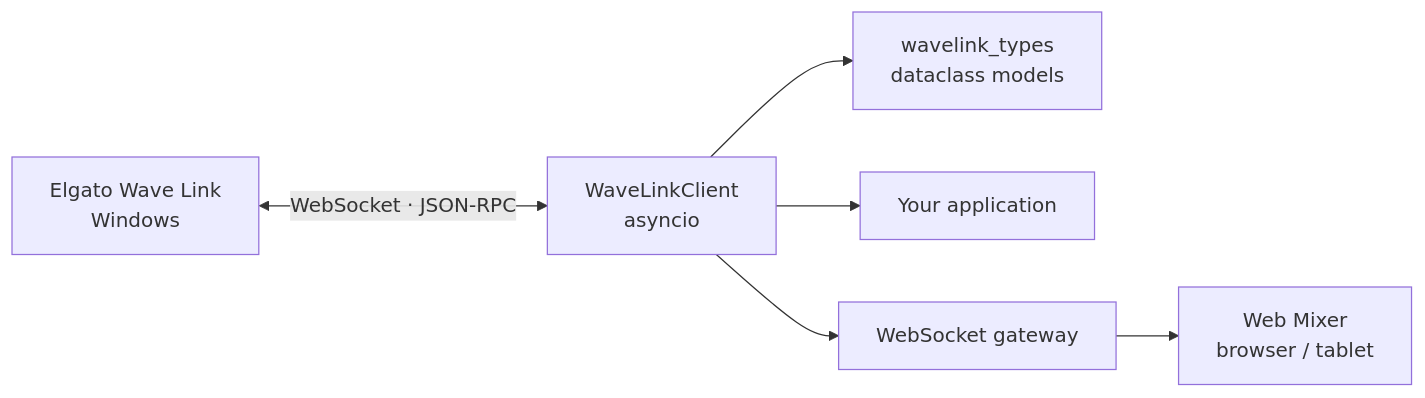
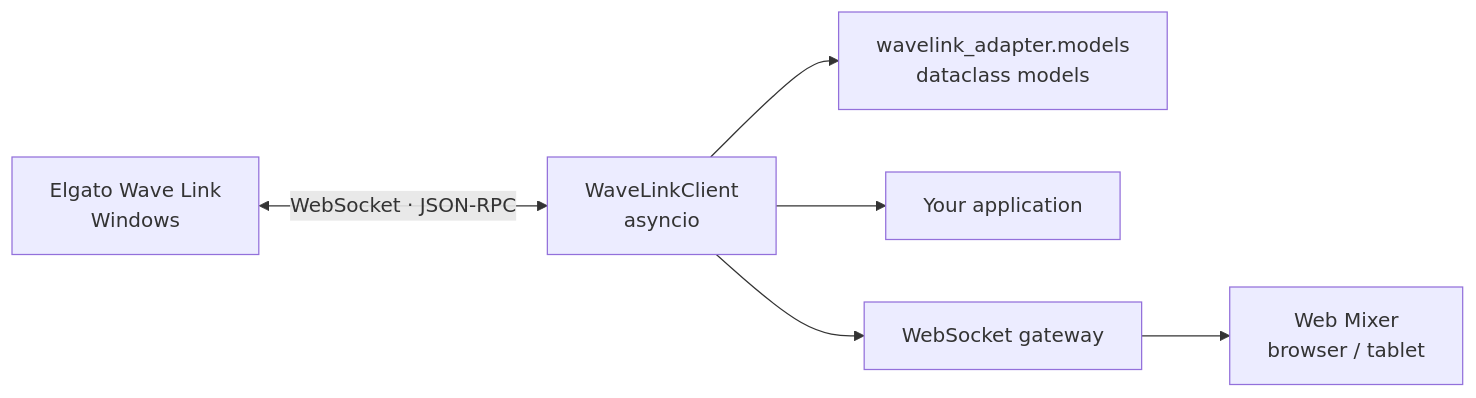
Before and after one commit to Nekit678/WaveLinkAdapter: the diagram in README.md, drawn with Mermaid. The commit also changed other lines of this file and 16 other files, not shown here.

````diff
--- a/README.md
+++ b/README.md
@@ -77,8 +77,8 @@
 ```mermaid
 flowchart LR
     WL["Elgato Wave Link<br>Windows"] <-->|"WebSocket · JSON-RPC"| Core["WaveLinkClient<br>asyncio"]
-    Core --> Types["wavelink_types<br>dataclass models"]
+    Core --> Types["wavelink_adapter.models<br>dataclass models"]
     Core --> App["Your application"]
     Core --> Gateway["WebSocket gateway"]
     Gateway --> Browser["Web Mixer<br>browser / tablet"]
 ```
````
